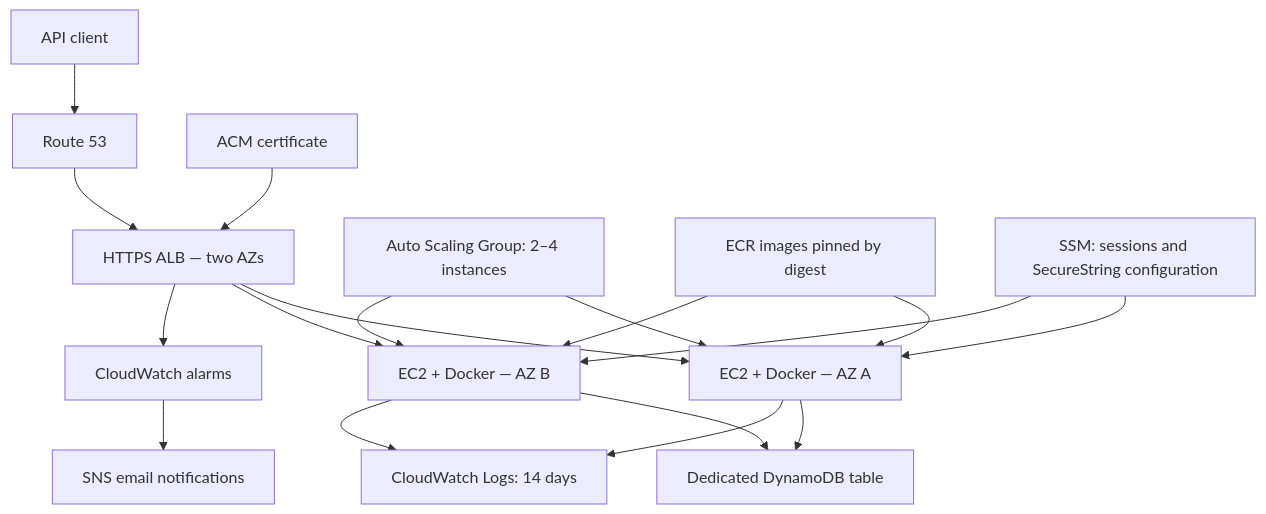
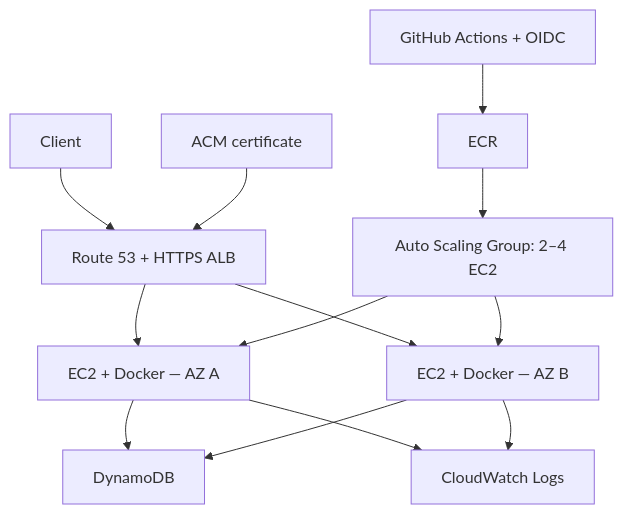
Before and after one commit to Gabrielewebdev/notes-api-ec2: the diagram in README.md, drawn with Mermaid. The commit also changed other lines of this file and 1 other file, not shown here.

````diff
--- a/README.md
+++ b/README.md
@@ -20,20 +11,15 @@
 ```mermaid
 flowchart TD
-    Client["API client"] --> DNS["Route 53"]
-    DNS --> ALB["HTTPS ALB — two AZs"]
+    Client["Client"] --> ALB["Route 53 + HTTPS ALB"]
     ACM["ACM certificate"] --> ALB
-    ALB --> EC2A["EC2 + Docker — AZ A"]
-    ALB --> EC2B["EC2 + Docker — AZ B"]
-    ASG["Auto Scaling Group: 2–4 instances"] --> EC2A
-    ASG --> EC2B
-    EC2A --> DB["Dedicated DynamoDB table"]
-    EC2B --> DB
-    ECR["ECR images pinned by digest"] --> EC2A
-    ECR --> EC2B
-    SSM["SSM: sessions and SecureString configuration"] --> EC2A
-    SSM --> EC2B
-    EC2A --> Logs["CloudWatch Logs: 14 days"]
-    EC2B --> Logs
-    ALB --> Alarms["CloudWatch alarms"]
-    Alarms --> SNS["SNS email notifications"]
+    ALB --> A["EC2 + Docker — AZ A"]
+    ALB --> B["EC2 + Docker — AZ B"]
+    A --> DB["DynamoDB"]
+    B --> DB
+    GitHub["GitHub Actions + OIDC"] --> ECR["ECR"]
+    ECR --> ASG["Auto Scaling Group: 2–4 EC2"]
+    ASG --> A
+    ASG --> B
+    A --> Logs["CloudWatch Logs"]
+    B --> Logs
 ```
````
